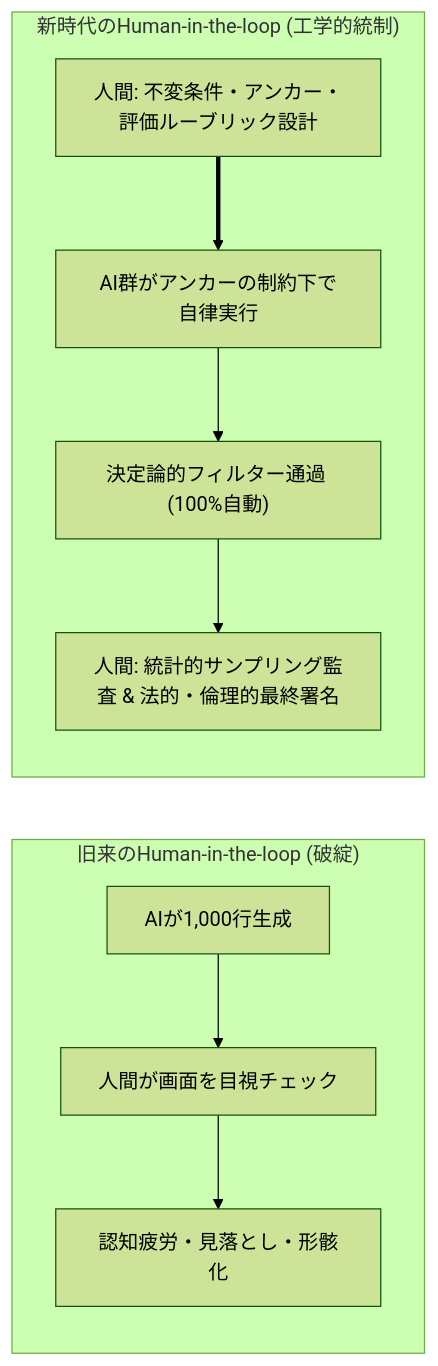
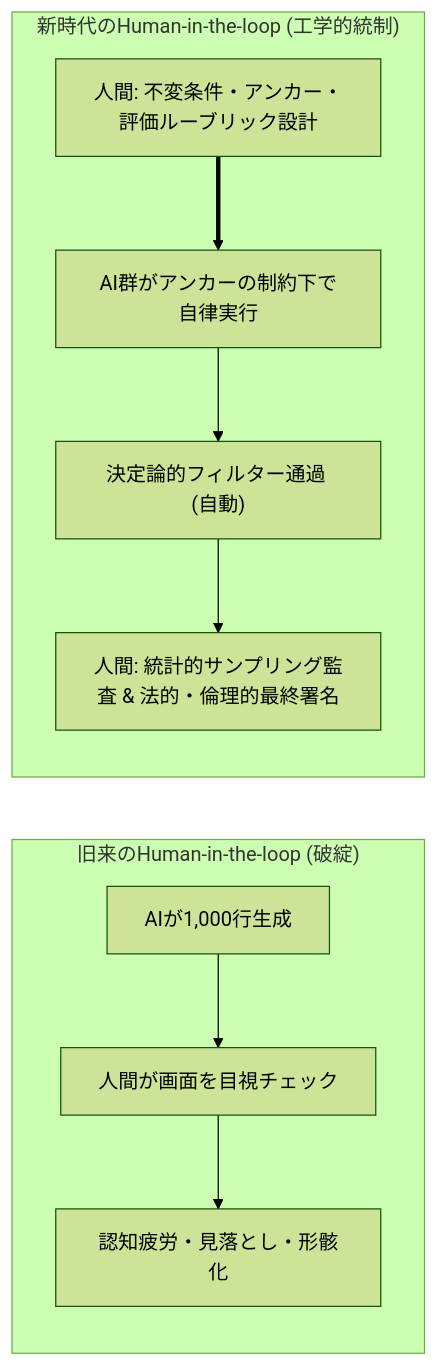
Before and after one commit to AnaharaYasuo/product-quality-management-book: the third of 3 diagrams in manuscript/24_chapter24.md, drawn with Mermaid (forest theme). The commit also changed other lines of this file and 35 other files, not shown here.

````diff
--- a/manuscript/24_chapter24.md
+++ b/manuscript/24_chapter24.md
@@ -130,14 +130,14 @@
 ```mermaid
 flowchart LR
     subgraph OldHITL["旧来のHuman-in-the-loop (破綻)"]
         A1["AIが1,000行生成"] --> B1["人間が画面を目視チェック"]
         B1 --> C1["認知疲労・見落とし・形骸化"]
     end
 
     subgraph NewHITL["新時代のHuman-in-the-loop (工学的統制)"]
         A2["人間: 不変条件・アンカー・評価ルーブリック設計"]
         A2 ==> B2["AI群がアンカーの制約下で自律実行"]
-        B2 --> C2["決定論的フィルター通過 (100%自動)"]
+        B2 --> C2["決定論的フィルター通過 (自動)"]
         C2 --> D2["人間: 統計的サンプリング監査 & 法的・倫理的最終署名"]
     end
 ```
````
